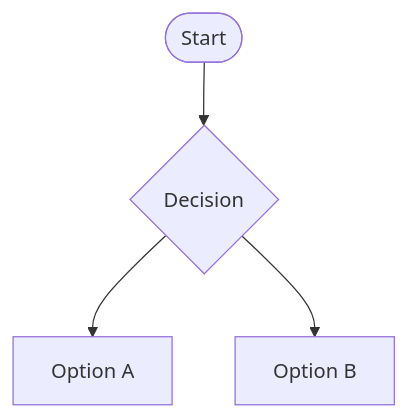
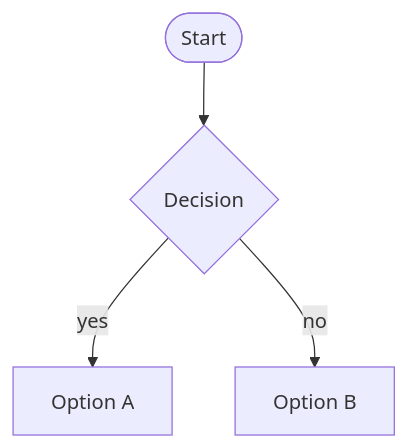
One commit to AkshayaJeyaprakash/Project_ATOM_RAS598 changed the first of 4 diagrams in markdown_kitchen_sink.md. Above: the diagram before and after it, drawn with Mermaid. The commit also changed other lines of this file and 1 other file, not shown here.

Commit message:
Finished Mermaid diagram for the report and updated markdown_kitchen_sink

````diff
--- a/markdown_kitchen_sink.md
+++ b/markdown_kitchen_sink.md
@@ -316,7 +316,7 @@
 ```mermaid
 flowchart TD;
     A(["Start"])
     A --> B{"Decision"};
-    B --> C["Option A"];
-    B --> D["Option B"];
+    B -->|yes| C["Option A"];
+    B -->|no| D["Option B"];
 ```
````
